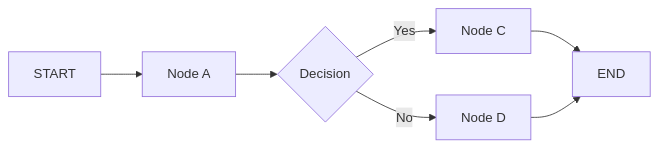
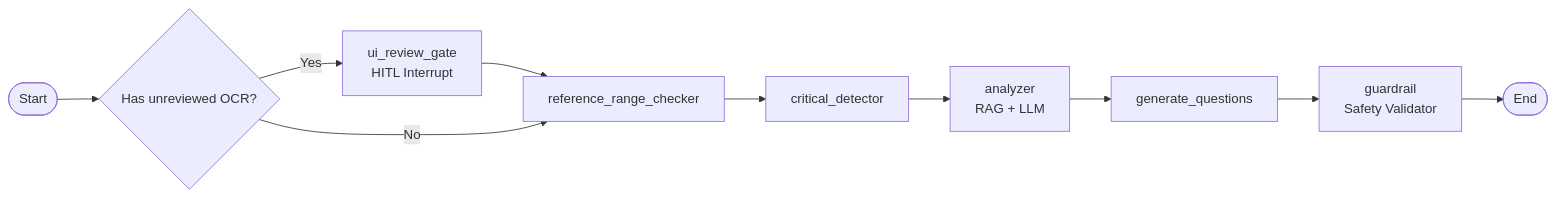
The second of 3 diagrams in ARCHITECTURE.md (DuongXD-27/clinical-laboratory-interpretation-agent), drawn with Mermaid before and after one commit. The commit also changed other lines of this file and 1 other file, not shown here.

Commit message:
docs(README): update evaluation and documents for gate 2

````diff
--- a/ARCHITECTURE.md
+++ b/ARCHITECTURE.md
@@ -55,9 +159,12 @@
 ```mermaid
 graph LR
-    START --> A[Node A]
-    A --> B{Decision}
-    B -->|Yes| C[Node C]
-    B -->|No| D[Node D]
-    C --> E[END]
-    D --> E
+    START([Start]) --> ROUTE{Has unreviewed OCR?}
+    ROUTE -->|Yes| GATE[ui_review_gate<br/>HITL Interrupt]
+    GATE --> REF[reference_range_checker]
+    ROUTE -->|No| REF
+    REF --> CRIT[critical_detector]
+    CRIT --> ANALYZE[analyzer<br/>RAG + LLM]
+    ANALYZE --> GEN_Q[generate_questions]
+    GEN_Q --> GUARD[guardrail<br/>Safety Validator]
+    GUARD --> FINISH([End])
 ```
````
